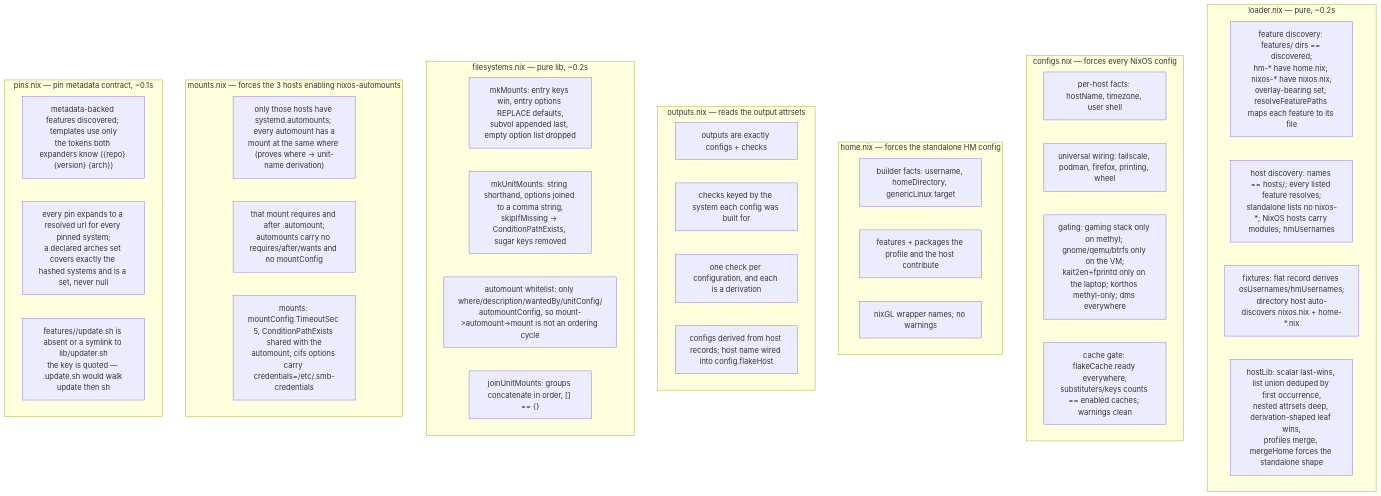
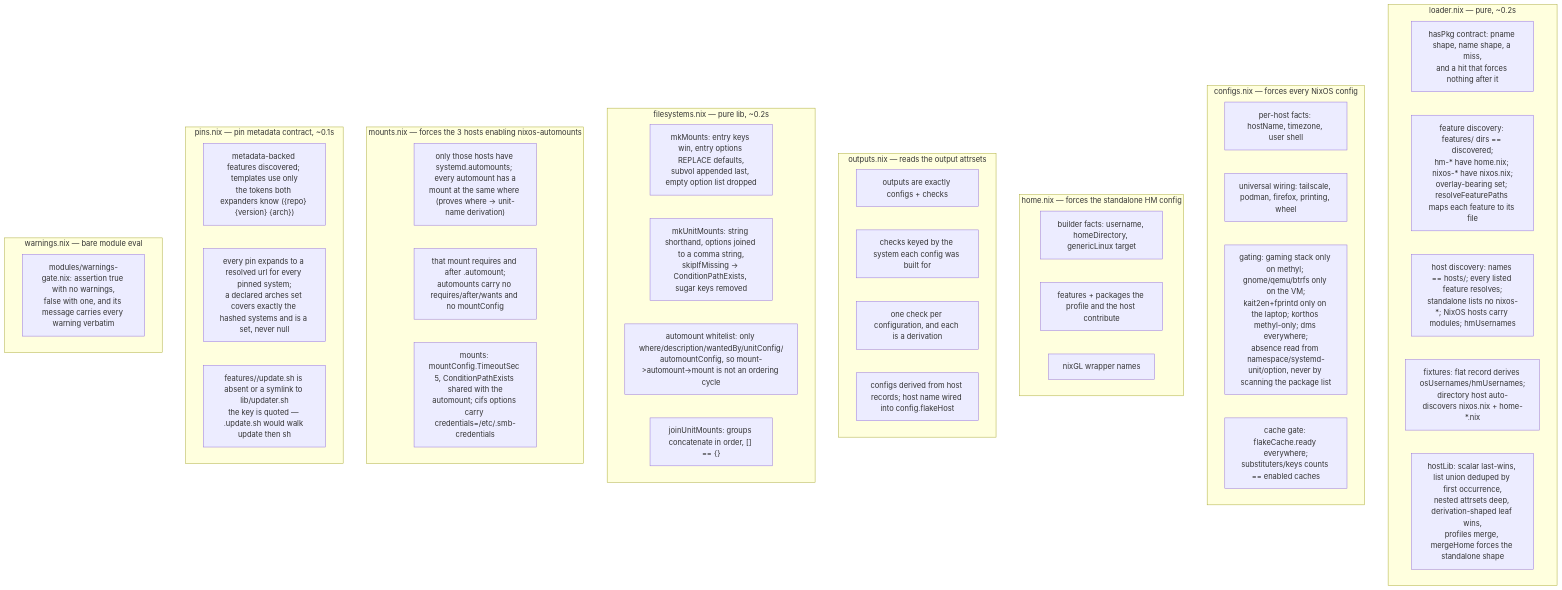
One commit to WombatFromHell/automatic-palm-tree changed the third of 5 diagrams in TEST_DESIGN.md. Above: the diagram before and after it, drawn with Mermaid. The commit also changed other lines of this file and 28 other files, not shown here.

````diff
--- a/TEST_DESIGN.md
+++ b/TEST_DESIGN.md
@@ -42,42 +51,46 @@
 ```mermaid
 flowchart TD
   subgraph loader["loader.nix — pure, ~0.2s"]
+    L0["hasPkg contract: pname shape, name shape, a miss,<br/>and a hit that forces nothing after it"]
     L1["feature discovery: features/ dirs == discovered;<br/>hm-* have home.nix; nixos-* have nixos.nix;<br/>overlay-bearing set; resolveFeaturePaths maps each feature to its file"]
     L2["host discovery: names == hosts/; every listed feature resolves;<br/>standalone lists no nixos-*; NixOS hosts carry modules; hmUsernames"]
     L3["fixtures: flat record derives osUsernames/hmUsernames;<br/>directory host auto-discovers nixos.nix + home-*.nix"]
     L4["hostLib: scalar last-wins, list union deduped by first occurrence,<br/>nested attrsets deep, derivation-shaped leaf wins,<br/>profiles merge, mergeHome forces the standalone shape"]
   end
   subgraph configs["configs.nix — forces every NixOS config"]
     C1["per-host facts: hostName, timezone, user shell"]
     C2["universal wiring: tailscale, podman, firefox, printing, wheel"]
-    C3["gating: gaming stack only on methyl; gnome/qemu/btrfs only on the VM;<br/>kait2en+fprintd only on the laptop; korthos methyl-only; dms everywhere"]
-    C4["cache gate: flakeCache.ready everywhere;<br/>substituters/keys counts == enabled caches; warnings clean"]
+    C3["gating: gaming stack only on methyl; gnome/qemu/btrfs only on the VM;<br/>kait2en+fprintd only on the laptop; korthos methyl-only; dms everywhere;<br/>absence read from namespace/systemd-unit/option, never by scanning the package list"]
+    C4["cache gate: flakeCache.ready everywhere;<br/>substituters/keys counts == enabled caches"]
   end
   subgraph home["home.nix — forces the standalone HM config"]
     H1["builder facts: username, homeDirectory, genericLinux target"]
     H2["features + packages the profile and the host contribute"]
-    H3["nixGL wrapper names; no warnings"]
+    H3["nixGL wrapper names"]
   end
   subgraph outputs["outputs.nix — reads the output attrsets"]
     O1["outputs are exactly configs + checks"]
     O2["checks keyed by the system each config was built for"]
     O3["one check per configuration, and each is a derivation"]
     O4["configs derived from host records; host name wired into config.flakeHost"]
   end
   subgraph filesystems["filesystems.nix — pure lib, ~0.2s"]
     F1["mkMounts: entry keys win, entry options REPLACE defaults,<br/>subvol appended last, empty option list dropped"]
     F2["mkUnitMounts: string shorthand, options joined to a comma string,<br/>skipIfMissing -> ConditionPathExists, sugar keys removed"]
     F3["automount whitelist: only where/description/wantedBy/unitConfig/<br/>automountConfig, so mount->automount->mount is not an ordering cycle"]
     F4["joinUnitMounts: groups concatenate in order, [] == {}"]
   end
   subgraph mounts["mounts.nix — forces the 3 hosts enabling nixos-automounts"]
     M1["only those hosts have systemd.automounts; every automount has a<br/>mount at the same where (proves where -> unit-name derivation)"]
     M2["that mount requires and after <unit>.automount;<br/>automounts carry no requires/after/wants and no mountConfig"]
     M3["mounts: mountConfig.TimeoutSec 5, ConditionPathExists shared with the<br/>automount; cifs options carry credentials=/etc/.smb-credentials"]
   end
   subgraph pins["pins.nix — pin metadata contract, ~0.1s"]
     PN1["metadata-backed features discovered; templates use only<br/>the tokens both expanders know ({repo} {version} {arch})"]
     PN2["every pin expands to a resolved url for every pinned system;<br/>a declared arches set covers exactly the hashed systems and is a set, never null"]
     PN3["features/<name>/update.sh is absent or a symlink to lib/updater.sh<br/>the key is quoted — .update.sh would walk update then sh"]
   end
+  subgraph warnings["warnings.nix — bare module eval"]
+    W1["modules/warnings-gate.nix: assertion true with no warnings,<br/>false with one, and its message carries every warning verbatim"]
+  end
 ```
````
